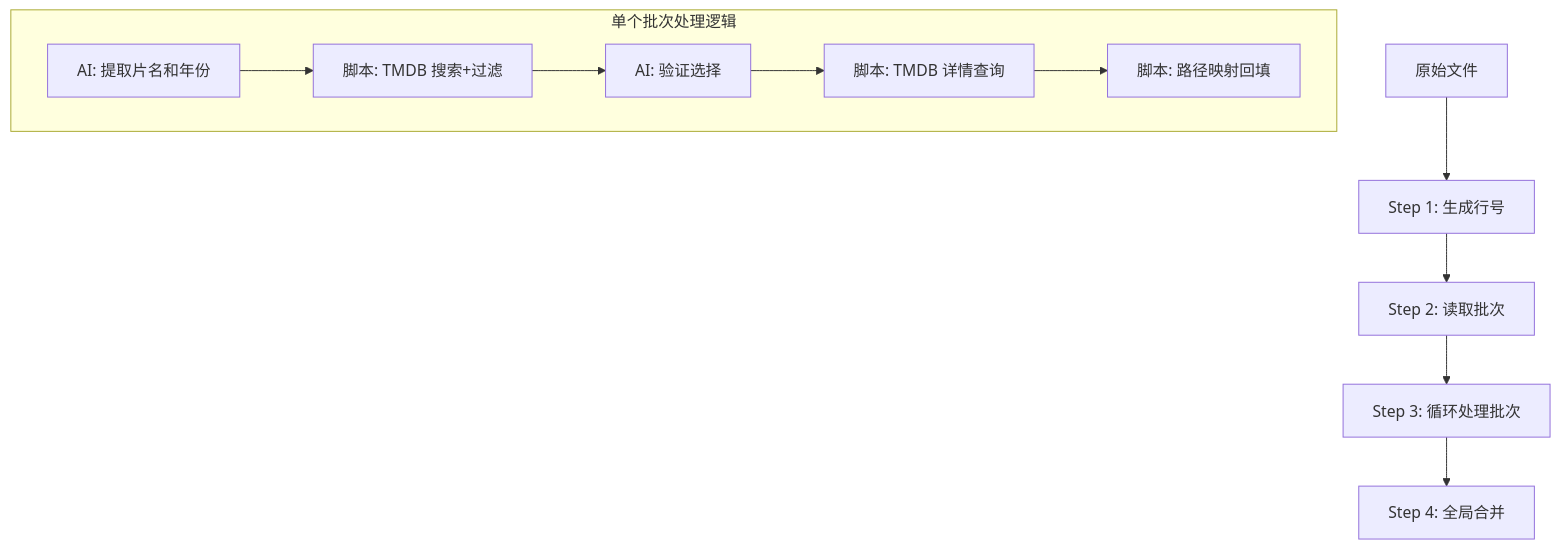
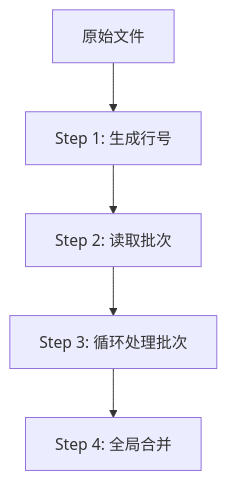
One commit to zengge96/tmdb-scrape changed the first of 2 diagrams in SKILL.md. Above: the diagram before and after it, drawn with Mermaid. The commit also changed other lines of this file, not shown here.

````diff
--- a/SKILL.md
+++ b/SKILL.md
@@ -13,13 +13,7 @@
 ```mermaid
 graph TD
 A[原始文件] --> B[Step 1: 生成行号]
 B --> C[Step 2: 读取批次]
 C --> D[Step 3: 循环处理批次]
 D --> E[Step 4: 全局合并]
-subgraph "单个批次处理逻辑"
-D1[AI: 提取片名和年份] --> D2[脚本: TMDB 搜索+过滤]
-D2 --> D3[AI: 验证选择]
-D3 --> D4[脚本: TMDB 详情查询]
-D4 --> D5[脚本: 路径映射回填]
-end
 ```
````
